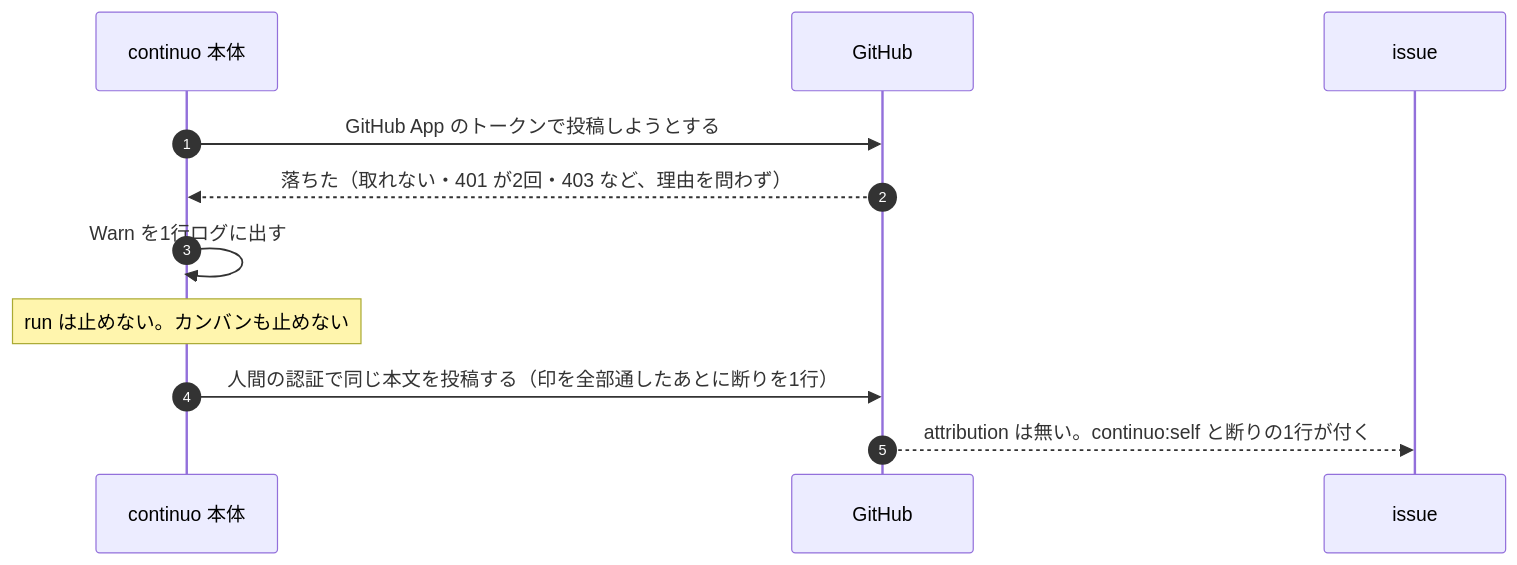
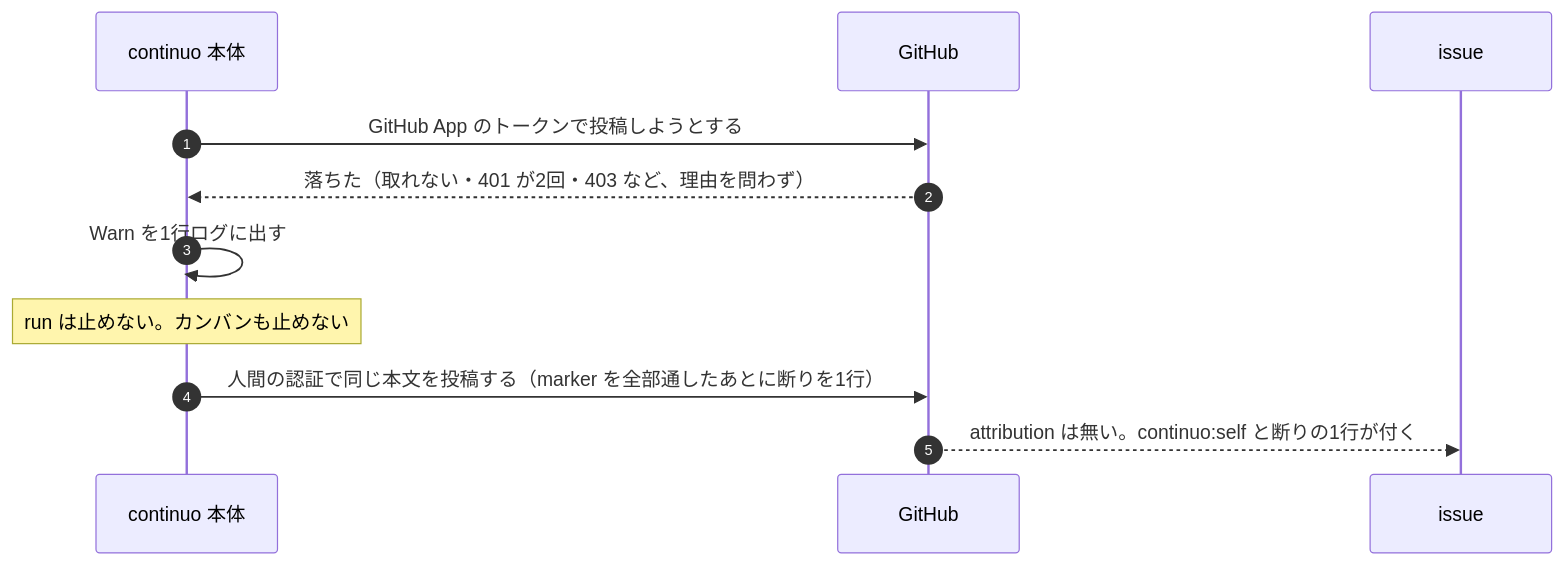
One commit to maimuzo/continuo changed the tenth of 13 diagrams in docs/plans/impl/issue245_github_app_attribution.md. Above: the diagram before and after it, drawn with Mermaid. The commit also changed other lines of this file and 8 other files, not shown here.

````diff
--- a/docs/plans/impl/issue245_github_app_attribution.md
+++ b/docs/plans/impl/issue245_github_app_attribution.md
@@ -1036,13 +1036,13 @@
 ```mermaid
 sequenceDiagram
     autonumber
     participant C as continuo 本体
     participant GH as GitHub
     participant G as issue
     C->>GH: GitHub App のトークンで投稿しようとする
     GH-->>C: 落ちた（取れない・401 が2回・403 など、理由を問わず）
     C->>C: Warn を1行ログに出す
     Note over C: run は止めない。カンバンも止めない
-    C->>GH: 人間の認証で同じ本文を投稿する（印を全部通したあとに断りを1行）
+    C->>GH: 人間の認証で同じ本文を投稿する（marker を全部通したあとに断りを1行）
     GH-->>G: attribution は無い。continuo:self と断りの1行が付く
 ```
````
